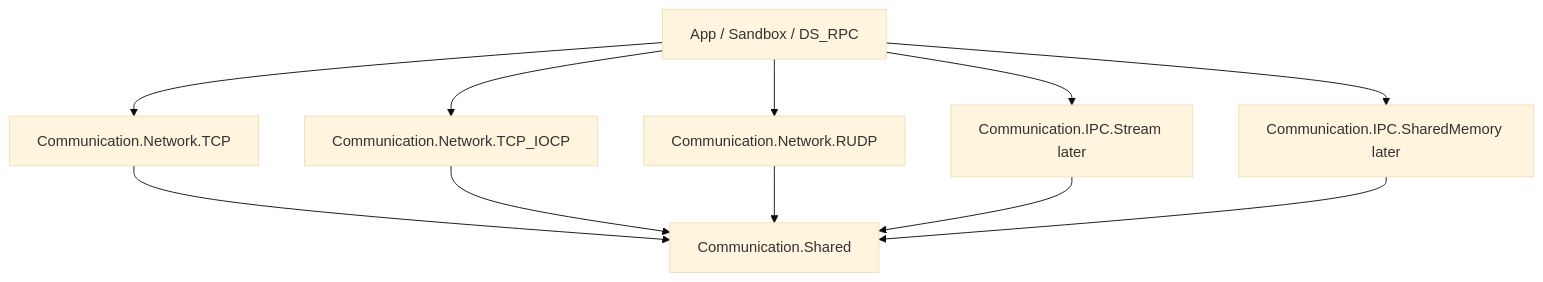
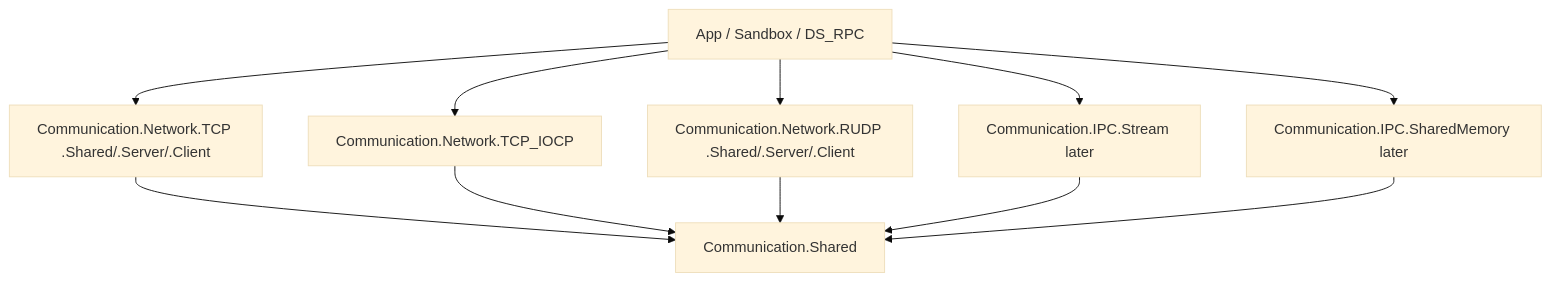
One commit to BIGSUNGG/DS_Communication changed the diagram in Document/02-Architecture/Overview.md. Above: the diagram before and after it, drawn with Mermaid (base theme). The commit also changed other lines of this file and 33 other files, not shown here.

Commit message:
feat(rudp): add RUDP transport with client, server, and shared projects

````diff
--- a/Document/02-Architecture/Overview.md
+++ b/Document/02-Architecture/Overview.md
@@ -15,20 +15,20 @@
 ```mermaid
 flowchart TB
   App[App / Sandbox / DS_RPC]
   Shared[Communication.Shared]
-  Tcp[Communication.Network.TCP]
+  Tcp[Communication.Network.TCP .Shared/.Server/.Client]
   Iocp[Communication.Network.TCP_IOCP]
-  Rudp[Communication.Network.RUDP]
+  Rudp[Communication.Network.RUDP .Shared/.Server/.Client]
   IpcStream[Communication.IPC.Stream later]
   IpcShm[Communication.IPC.SharedMemory later]
   App --> Tcp
   App --> Iocp
   App --> Rudp
   App --> IpcStream
   App --> IpcShm
   Tcp --> Shared
   Iocp --> Shared
   Rudp --> Shared
   IpcStream --> Shared
   IpcShm --> Shared
 ```
````
